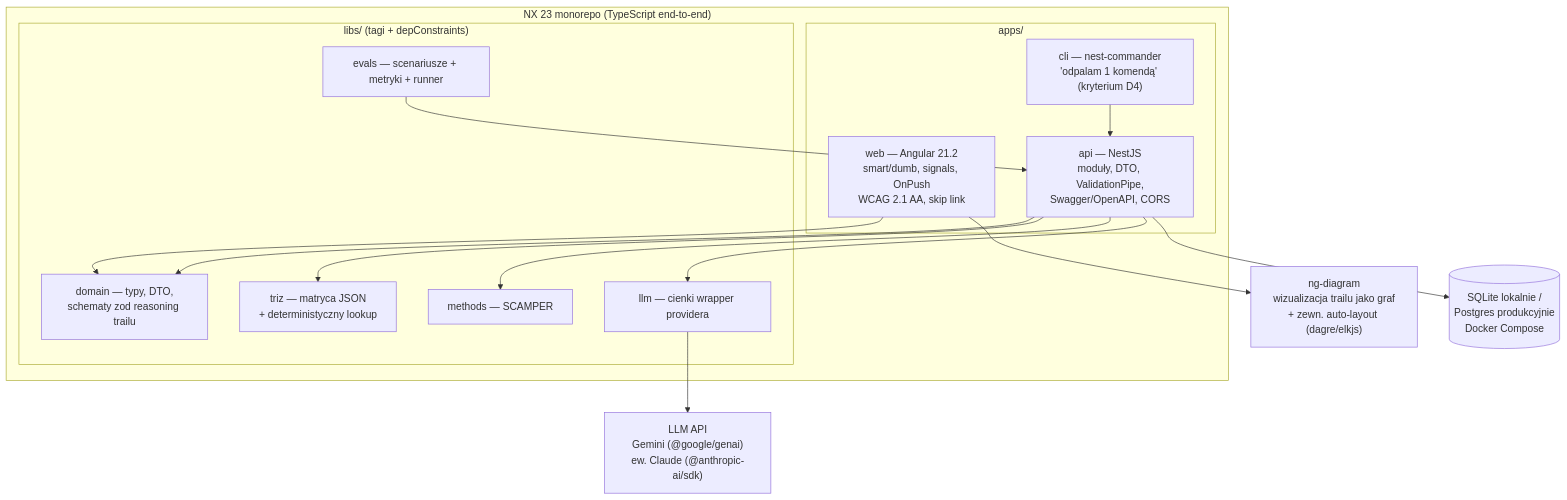
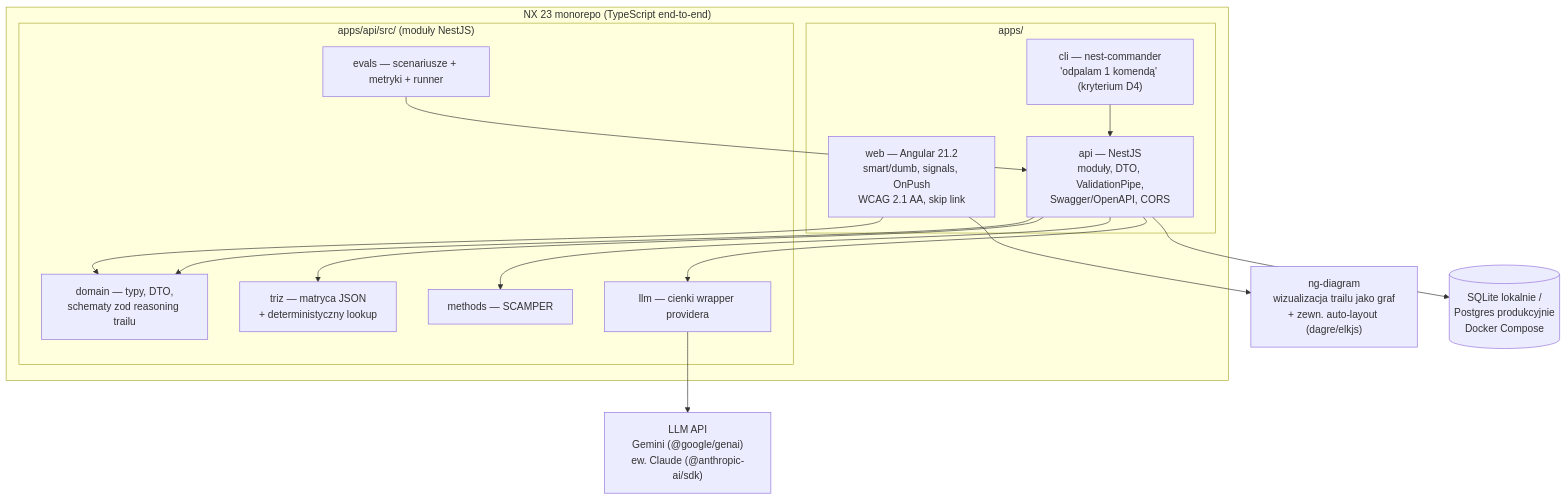
One commit to Adimac93/built-with-ai changed the third of 4 diagrams in docs/graf-wiedzy.md. Above: the diagram before and after it, drawn with Mermaid. The commit also changed other lines of this file and 3 other files, not shown here.

````diff
--- a/docs/graf-wiedzy.md
+++ b/docs/graf-wiedzy.md
@@ -54,31 +54,31 @@
 ```mermaid
 flowchart TD
     subgraph MONO["NX 23 monorepo (TypeScript end-to-end)"]
         subgraph APPS["apps/"]
             WEB["web — Angular 21.2<br/>smart/dumb, signals, OnPush<br/>WCAG 2.1 AA, skip link"]
             API["api — NestJS<br/>moduły, DTO, ValidationPipe,<br/>Swagger/OpenAPI, CORS"]
             CLI["cli — nest-commander<br/>'odpalam 1 komendą' (kryterium D4)"]
         end
-        subgraph LIBS["libs/ (tagi + depConstraints)"]
+        subgraph API_MOD["apps/api/src/ (moduły NestJS)"]
             DOM["domain — typy, DTO,<br/>schematy zod reasoning trailu"]
             TRIZ["triz — matryca JSON<br/>+ deterministyczny lookup"]
             MET["methods — SCAMPER"]
             LLM["llm — cienki wrapper providera"]
             EVL["evals — scenariusze + metryki + runner"]
         end
     end
     DB[("SQLite lokalnie /<br/>Postgres produkcyjnie<br/>Docker Compose")]
     GEM["LLM API<br/>Gemini (@google/genai)<br/>ew. Claude (@anthropic-ai/sdk)"]
     NGD["ng-diagram<br/>wizualizacja trailu jako graf<br/>+ zewn. auto-layout (dagre/elkjs)"]
 
     WEB --> DOM
     WEB --> NGD
     API --> DOM
     API --> TRIZ
     API --> MET
     API --> LLM
     CLI --> API
     EVL --> API
     LLM --> GEM
     API --> DB
 ```
````
